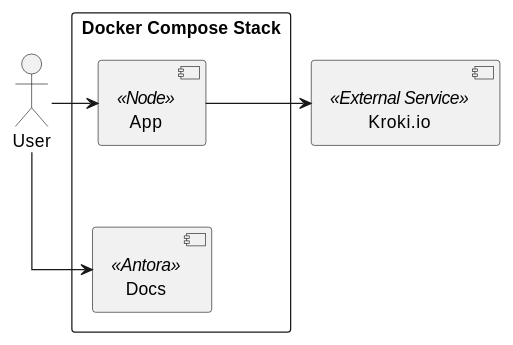
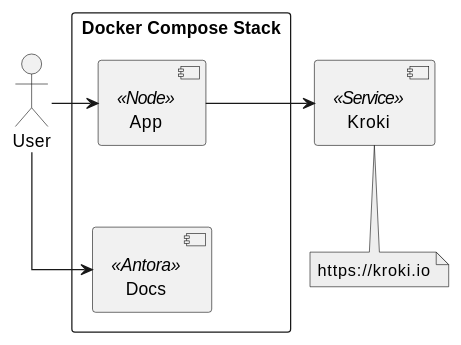
Before and after one commit to sommerfeld-io-archive/krokidile: the diagram in docs/modules/ROOT/pages/index.adoc, drawn with PlantUML.

Commit message:
docs: minor diagram update

```diff
--- a/docs/modules/ROOT/pages/index.adoc
+++ b/docs/modules/ROOT/pages/index.adoc
@@ -94,29 +94,31 @@
 [plantuml, puml-build-image, svg]
 ----
 @startuml
 
 skinparam linetype ortho
 skinparam monochrome false
 skinparam componentStyle uml2
 skinparam backgroundColor transparent
+skinparam NoteBackgroundColor #eee
 skinparam activity {
     'FontName Ubuntu
     FontName Roboto
 }
 
 actor User
-component Kroki as "Kroki.io" <<External Service>>
+component Kroki <<Service>>
+note bottom of Kroki: https://kroki.io
 
 rectangle dc as "Docker Compose Stack" {
     component App <<Node>>
     component Docs <<Antora>>
 }
 
 User -right-> App
 App -right-> Kroki
 
 User -right-> Docs
 Docs -[hidden]up-> App
 
 @enduml
 ----
```
